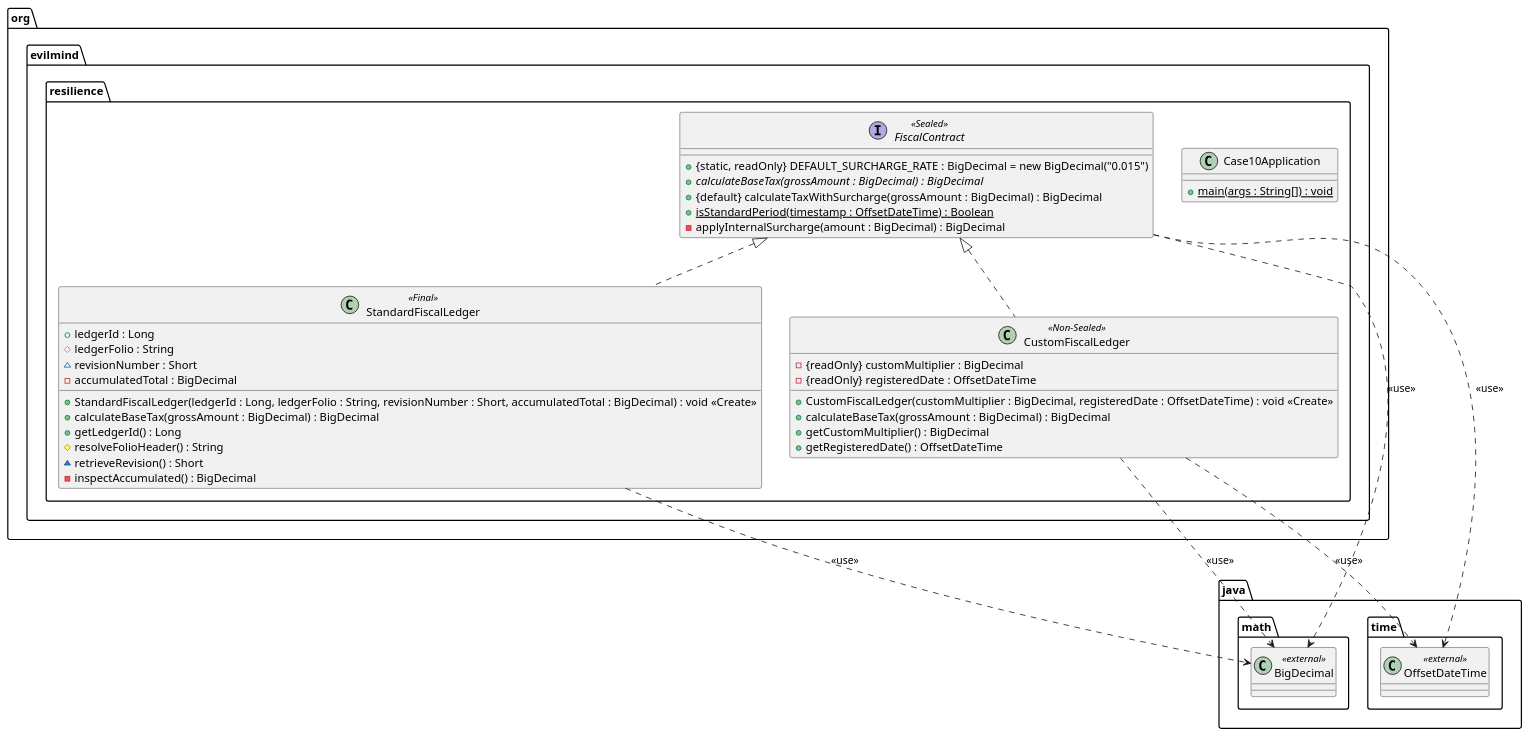
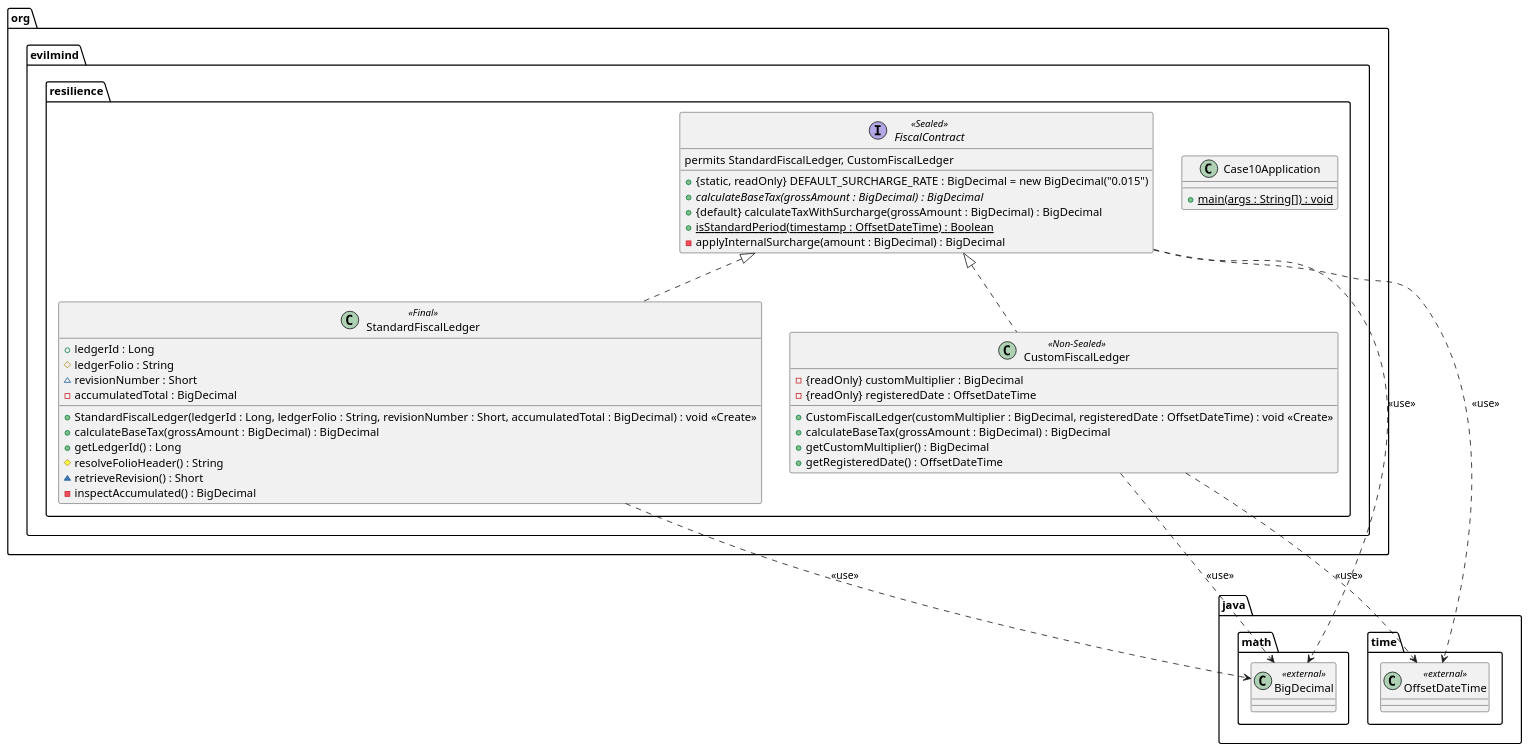
One commit to Pololo06/ProyectParser changed the diagram in casos-generador/caso_10/src/clases.puml. Above: the diagram before and after it, drawn with PlantUML. The commit also changed 30 other files, not shown here.

```diff
--- a/casos-generador/caso_10/src/clases.puml
+++ b/casos-generador/caso_10/src/clases.puml
@@ -1,55 +1,56 @@
 @startuml
 
 package java.time {
     class OffsetDateTime <<external>> {
     }
 }
 
 package java.math {
     class BigDecimal <<external>> {
     }
 }
 
 package org.evilmind.resilience {
     class Case10Application {
     +  {static} main(args : String[]) : void
     }
     interface FiscalContract <<Sealed>> {
+    permits StandardFiscalLedger, CustomFiscalLedger
     +  {static, readOnly} DEFAULT_SURCHARGE_RATE : BigDecimal = new BigDecimal("0.015")
     +  {abstract} calculateBaseTax(grossAmount : BigDecimal) : BigDecimal
     +  {default} calculateTaxWithSurcharge(grossAmount : BigDecimal) : BigDecimal
     +  {static} isStandardPeriod(timestamp : OffsetDateTime) : Boolean
     -  applyInternalSurcharge(amount : BigDecimal) : BigDecimal
     }
     class StandardFiscalLedger <<Final>> {
     +  ledgerId : Long
     #  ledgerFolio : String
     ~  revisionNumber : Short
     -  accumulatedTotal : BigDecimal
     +  StandardFiscalLedger(ledgerId : Long, ledgerFolio : String, revisionNumber : Short, accumulatedTotal : BigDecimal) : void <<Create>>
     +  calculateBaseTax(grossAmount : BigDecimal) : BigDecimal
     +  getLedgerId() : Long
     #  resolveFolioHeader() : String
     ~  retrieveRevision() : Short
     -  inspectAccumulated() : BigDecimal
     }
     class CustomFiscalLedger <<Non-Sealed>> {
     -  {readOnly} customMultiplier : BigDecimal
     -  {readOnly} registeredDate : OffsetDateTime
     +  CustomFiscalLedger(customMultiplier : BigDecimal, registeredDate : OffsetDateTime) : void <<Create>>
     +  calculateBaseTax(grossAmount : BigDecimal) : BigDecimal
     +  getCustomMultiplier() : BigDecimal
     +  getRegisteredDate() : OffsetDateTime
     }
 }
 
 ' --- Grafo de relaciones ---
 org.evilmind.resilience.FiscalContract <|.. org.evilmind.resilience.CustomFiscalLedger
 org.evilmind.resilience.CustomFiscalLedger ..> java.math.BigDecimal : <<use>>
 org.evilmind.resilience.FiscalContract ..> java.math.BigDecimal : <<use>>
 org.evilmind.resilience.StandardFiscalLedger ..> java.math.BigDecimal : <<use>>
 org.evilmind.resilience.FiscalContract ..> java.time.OffsetDateTime : <<use>>
 org.evilmind.resilience.FiscalContract <|.. org.evilmind.resilience.StandardFiscalLedger
 org.evilmind.resilience.CustomFiscalLedger ..> java.time.OffsetDateTime : <<use>>
 
 @enduml
```
